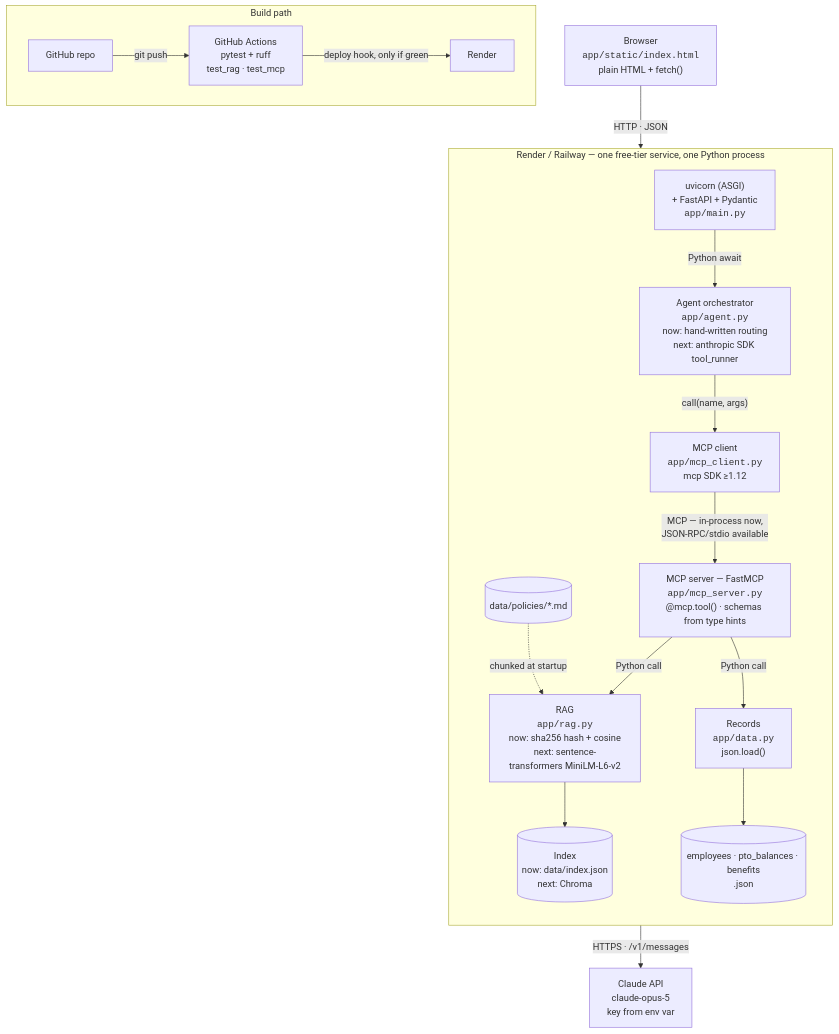
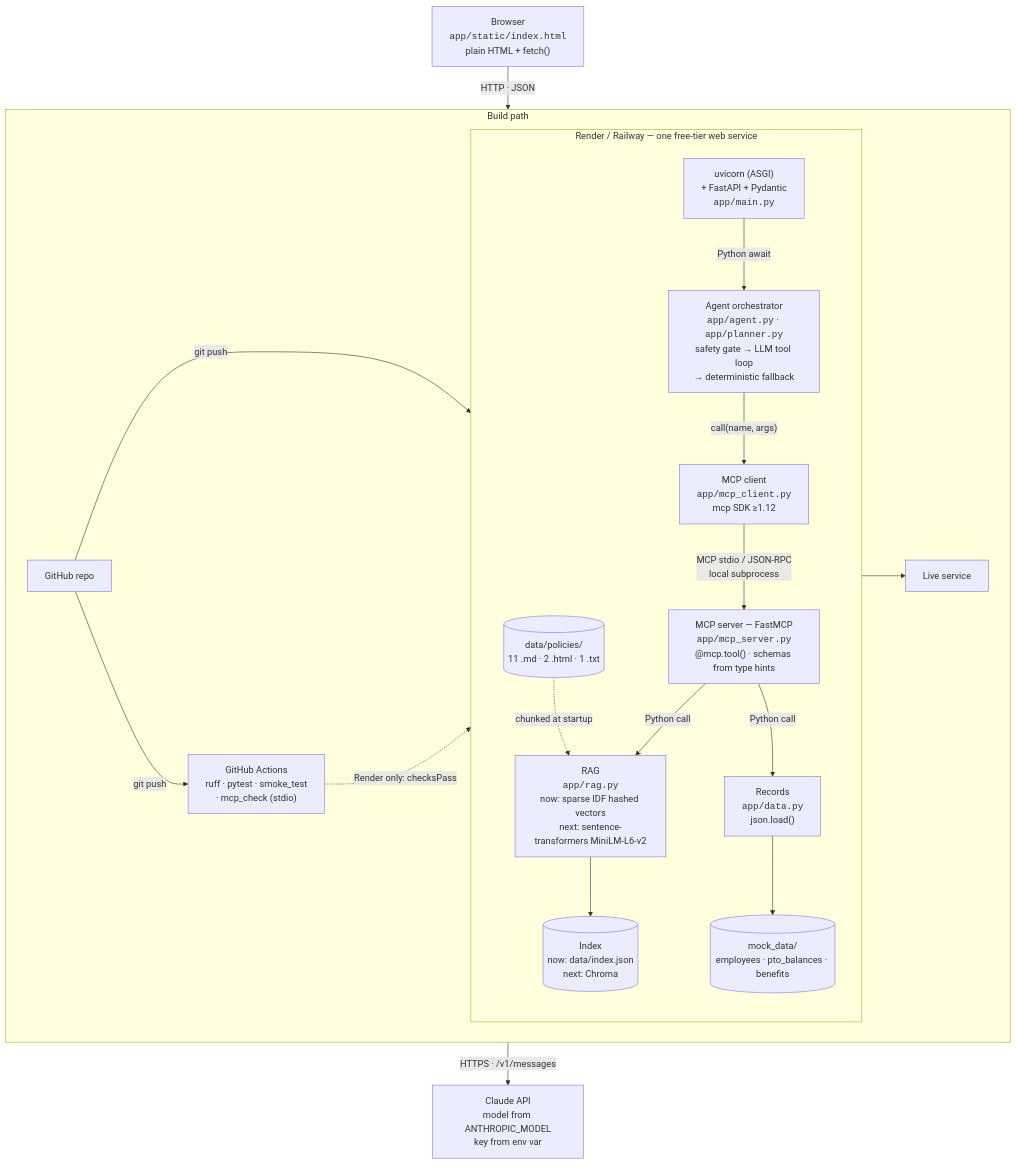
One commit to mehdihamid1/prj changed the second of 2 diagrams in design-and-evaluation.md. Above: the diagram before and after it, drawn with Mermaid. The commit also changed other lines of this file and 51 other files, not shown here.

First line of the commit message:
Expand corpus, add LLM planner, harden MCP transport and safety

````diff
--- a/design-and-evaluation.md
+++ b/design-and-evaluation.md
@@ -69,36 +69,38 @@
 ```mermaid
 flowchart TB
     browser["Browser<br/><code>app/static/index.html</code><br/>plain HTML + fetch()"]
 
-    subgraph host["Render / Railway — one free-tier service, one Python process"]
+    subgraph host["Render / Railway — one free-tier web service"]
         direction TB
         server["uvicorn (ASGI)<br/>+ FastAPI + Pydantic<br/><code>app/main.py</code>"]
-        orch["Agent orchestrator<br/><code>app/agent.py</code><br/>now: hand-written routing<br/>next: anthropic SDK tool_runner"]
+        orch["Agent orchestrator<br/><code>app/agent.py</code> · <code>app/planner.py</code><br/>safety gate → LLM tool loop<br/>→ deterministic fallback"]
         mcpc["MCP client<br/><code>app/mcp_client.py</code><br/>mcp SDK ≥1.12"]
         mcps["MCP server — FastMCP<br/><code>app/mcp_server.py</code><br/>@mcp.tool() · schemas from type hints"]
-        rag["RAG<br/><code>app/rag.py</code><br/>now: sha256 hash + cosine<br/>next: sentence-transformers MiniLM-L6-v2"]
+        rag["RAG<br/><code>app/rag.py</code><br/>now: sparse IDF hashed vectors<br/>next: sentence-transformers MiniLM-L6-v2"]
         idx[("Index<br/>now: data/index.json<br/>next: Chroma")]
         data["Records<br/><code>app/data.py</code><br/>json.load()"]
-        files[("employees · pto_balances · benefits<br/>.json")]
-        corpus[("data/policies/*.md")]
+        files[("mock_data/<br/>employees · pto_balances · benefits")]
+        corpus[("data/policies/<br/>11 .md · 2 .html · 1 .txt")]
     end
 
-    llm["Claude API<br/>claude-opus-5<br/>key from env var"]
+    llm["Claude API<br/>model from ANTHROPIC_MODEL<br/>key from env var"]
 
     browser -->|"HTTP · JSON"| server
     server -->|"Python await"| orch
     orch -->|"HTTPS · /v1/messages"| llm
     orch -->|"call(name, args)"| mcpc
-    mcpc -->|"MCP — in-process now,<br/>JSON-RPC/stdio available"| mcps
+    mcpc -->|"MCP stdio / JSON-RPC<br/>local subprocess"| mcps
     mcps -->|"Python call"| rag
     mcps -->|"Python call"| data
     rag --> idx
     data --> files
     corpus -. "chunked at startup" .-> rag
 
     subgraph build["Build path"]
         direction LR
-        repo["GitHub repo"] -->|"git push"| ci["GitHub Actions<br/>pytest + ruff<br/>test_rag · test_mcp"]
-        ci -->|"deploy hook, only if green"| deploy["Render"]
+        repo["GitHub repo"] -->|"git push"| ci["GitHub Actions<br/>ruff · pytest · smoke_test<br/>· mcp_check (stdio)"]
+        repo -->|"git push"| host["Render / Railway build<br/>pip install && pytest<br/>build fails ⇒ no deploy"]
+        ci -. "Render only: checksPass" .-> host
+        host --> deploy["Live service"]
     end
 ```
````
